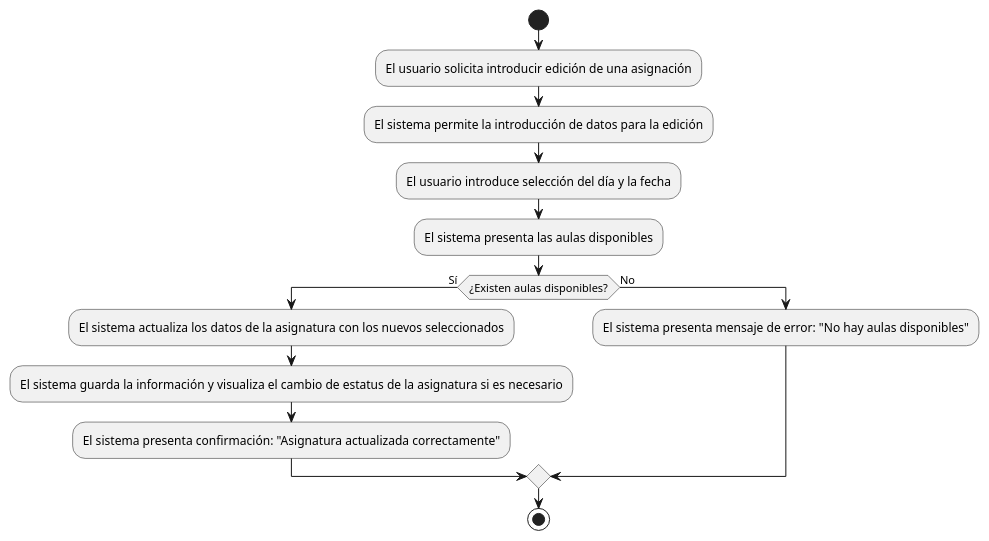
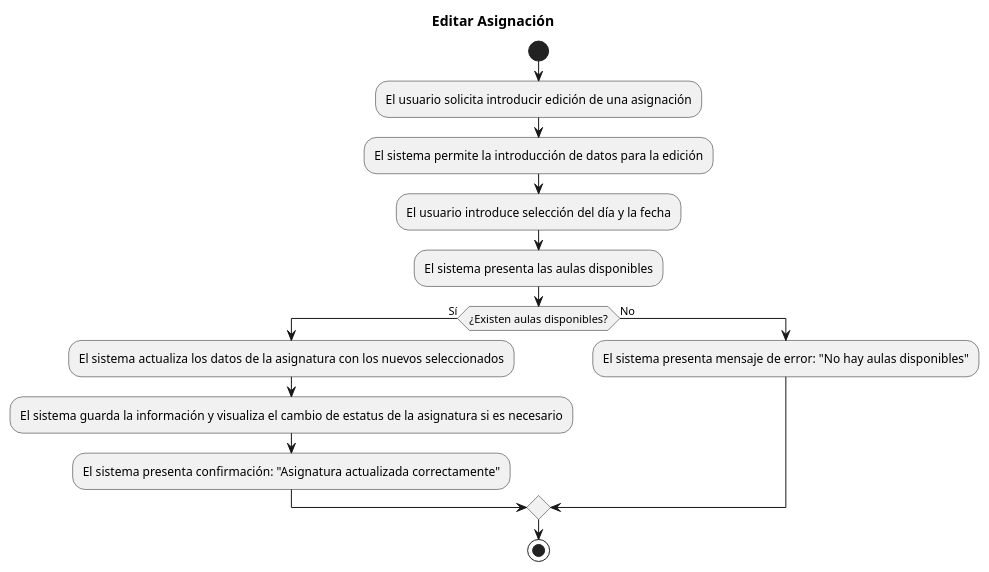
Before and after one commit to mmasias/24-25-IdSw1-SDR: the diagram in casosDeUso/plantUML/EditarAsignación.puml, drawn with PlantUML. The commit also changed other lines of this file and 41 other files, not shown here.

```diff
--- a/casosDeUso/plantUML/EditarAsignación.puml
+++ b/casosDeUso/plantUML/EditarAsignación.puml
@@ -1,15 +1,16 @@
 @startuml
+title Editar Asignación
 start
 :El usuario solicita introducir edición de una asignación;
 :El sistema permite la introducción de datos para la edición;
 :El usuario introduce selección del día y la fecha;
 :El sistema presenta las aulas disponibles;
 if (¿Existen aulas disponibles?) then (Sí)
   :El sistema actualiza los datos de la asignatura con los nuevos seleccionados;
   :El sistema guarda la información y visualiza el cambio de estatus de la asignatura si es necesario;
   :El sistema presenta confirmación: "Asignatura actualizada correctamente";
 else (No)
   :El sistema presenta mensaje de error: "No hay aulas disponibles";
 endif
 stop
 @enduml
```
